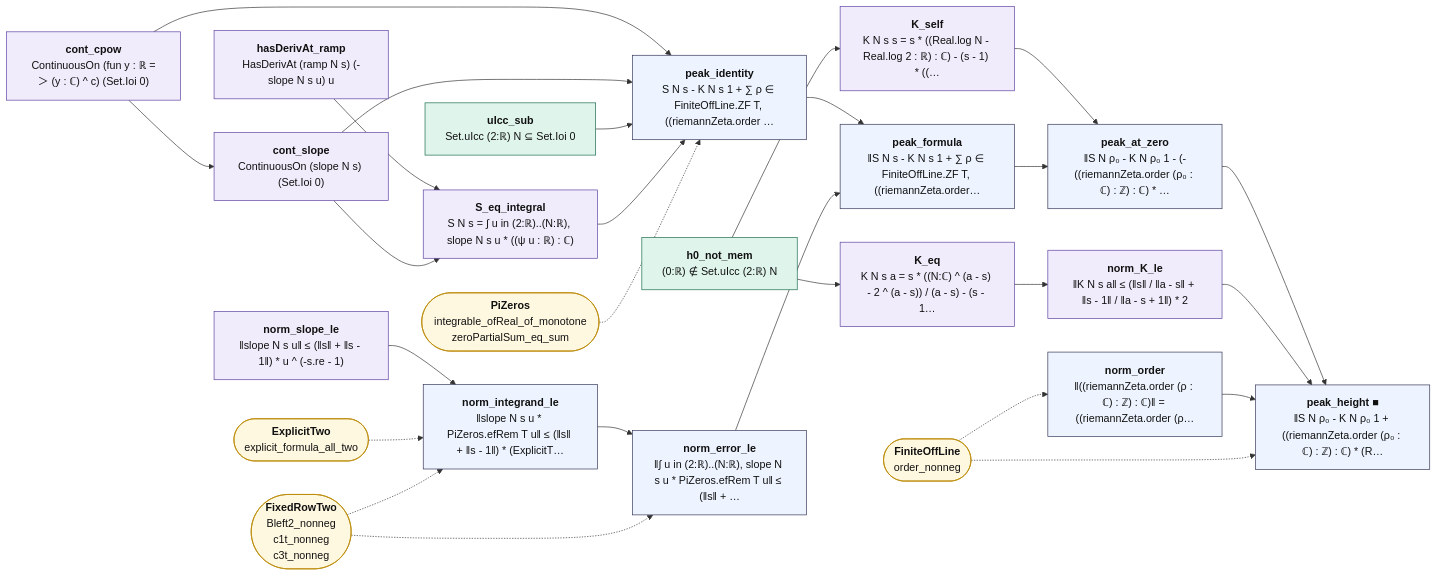
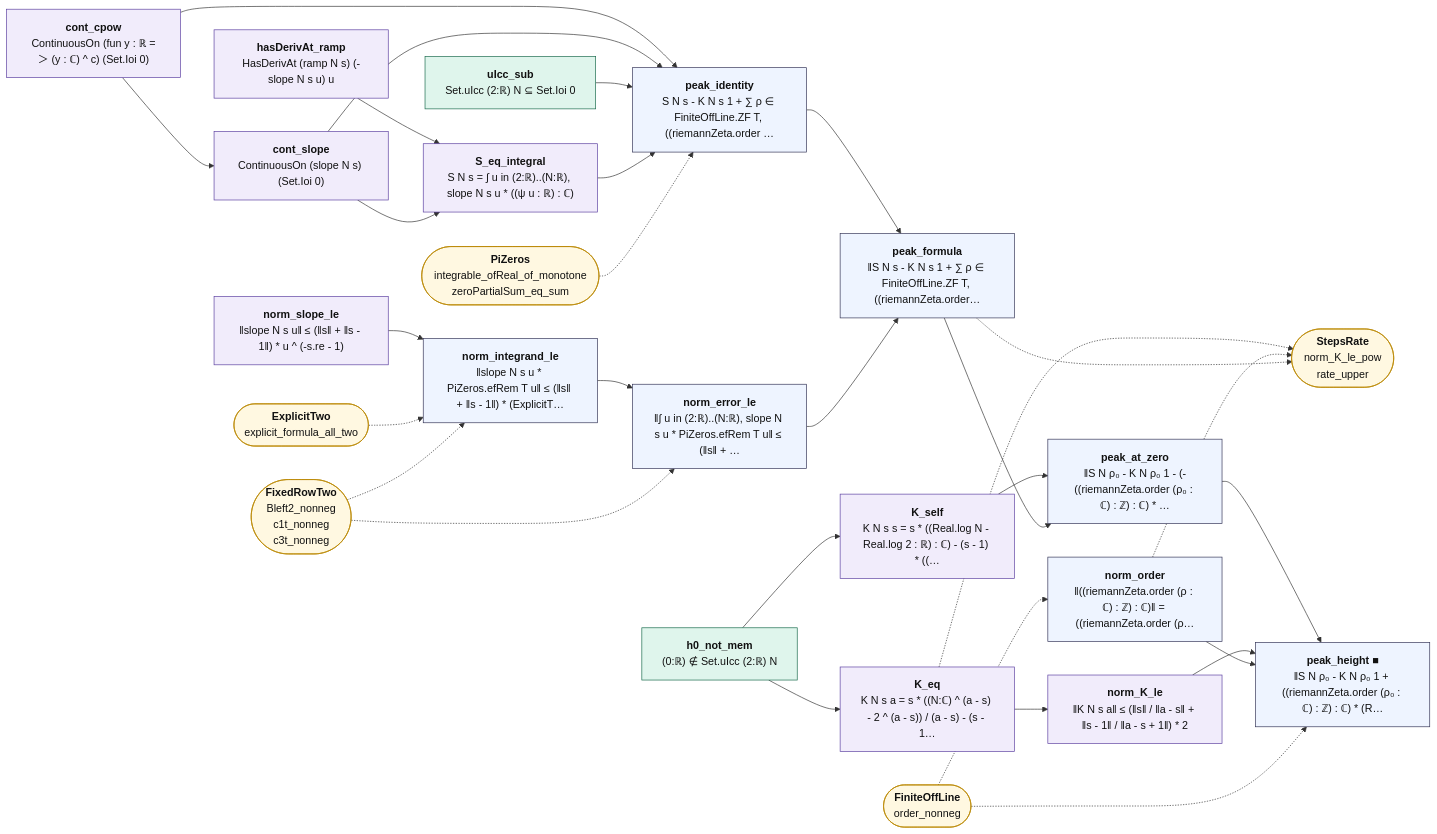
The diagram in map/lean_stage3/StepsPeak.mmd (juliansambranojr/Primebeat_081426), drawn with Mermaid before and after one commit. The commit also changed 28 other files, not shown here.

First line of the commit message:
Block R8: the size rate of the turned steps, from above (unit 0487)

```diff
--- a/map/lean_stage3/StepsPeak.mmd
+++ b/map/lean_stage3/StepsPeak.mmd
@@ -1,55 +1,59 @@
 flowchart LR
   n0["<b>hasDerivAt_ramp</b><br/>HasDerivAt (ramp N s) (-slope N s u) u"]:::shp
   n1["<b>cont_cpow</b><br/>ContinuousOn (fun y : ℝ =＞ (y : ℂ) ^ c) (Set.Ioi 0)"]:::shp
   n2["<b>cont_slope</b><br/>ContinuousOn (slope N s) (Set.Ioi 0)"]:::shp
   n3["<b>uIcc_sub</b><br/>Set.uIcc (2:ℝ) N ⊆ Set.Ioi 0"]:::cnt
   n4["<b>S_eq_integral</b><br/>S N s = ∫ u in (2:ℝ)..(N:ℝ), slope N s u * ((ψ u : ℝ) : ℂ)"]:::shp
   n5["<b>peak_identity</b><br/>S N s - K N s 1 + ∑ ρ ∈ FiniteOffLine.ZF T, ((riemannZeta.order …"]:::thm
   n6["<b>norm_slope_le</b><br/>‖slope N s u‖ ≤ (‖s‖ + ‖s - 1‖) * u ^ (-s.re - 1)"]:::shp
   n7["<b>norm_integrand_le</b><br/>‖slope N s u * PiZeros.efRem T u‖ ≤ (‖s‖ + ‖s - 1‖) * (ExplicitT…"]:::thm
   n8["<b>norm_error_le</b><br/>‖∫ u in (2:ℝ)..(N:ℝ), slope N s u * PiZeros.efRem T u‖ ≤ (‖s‖ + …"]:::thm
   n9["<b>peak_formula</b><br/>‖S N s - K N s 1 + ∑ ρ ∈ FiniteOffLine.ZF T, ((riemannZeta.order…"]:::thm
   n10["<b>h0_not_mem</b><br/>(0:ℝ) ∉ Set.uIcc (2:ℝ) N"]:::cnt
   n11["<b>K_eq</b><br/>K N s a = s * ((N:ℂ) ^ (a - s) - 2 ^ (a - s)) / (a - s) - (s - 1…"]:::shp
   n12["<b>K_self</b><br/>K N s s = s * ((Real.log N - Real.log 2 : ℝ) : ℂ) - (s - 1) * ((…"]:::shp
   n13["<b>peak_at_zero</b><br/>‖S N ρ₀ - K N ρ₀ 1 - (-((riemannZeta.order (ρ₀ : ℂ) : ℤ) : ℂ) * …"]:::thm
   n14["<b>norm_K_le</b><br/>‖K N s a‖ ≤ (‖s‖ / ‖a - s‖ + ‖s - 1‖ / ‖a - s + 1‖) * 2"]:::shp
   n15["<b>norm_order</b><br/>‖((riemannZeta.order (ρ : ℂ) : ℤ) : ℂ)‖ = ((riemannZeta.order (ρ…"]:::thm
   n16["<b>peak_height ■</b><br/>‖S N ρ₀ - K N ρ₀ 1 + ((riemannZeta.order (ρ₀ : ℂ) : ℤ) : ℂ) * (R…"]:::thm
   x0(["<b>PiZeros</b><br/>integrable_ofReal_of_monotone<br/>zeroPartialSum_eq_sum"]):::ext
   x1(["<b>ExplicitTwo</b><br/>explicit_formula_all_two"]):::ext
   x2(["<b>FixedRowTwo</b><br/>Bleft2_nonneg<br/>c1t_nonneg<br/>c3t_nonneg"]):::ext
-  x3(["<b>FiniteOffLine</b><br/>order_nonneg"]):::ext
+  x3(["<b>StepsRate</b><br/>norm_K_le_pow<br/>rate_upper"]):::ext
+  x4(["<b>FiniteOffLine</b><br/>order_nonneg"]):::ext
   n0 --> n4
   n1 --> n2
   n1 --> n5
   n10 --> n11
   n10 --> n12
   n11 --> n14
   n12 --> n13
   n13 --> n16
   n14 --> n16
   n15 --> n16
   n2 --> n4
   n2 --> n5
   n3 --> n5
   n4 --> n5
   n5 --> n9
   n6 --> n7
   n7 --> n8
   n8 --> n9
   n9 --> n13
+  n11 -.-> x3
+  n15 -.-> x3
+  n9 -.-> x3
   x0 -.-> n5
   x1 -.-> n7
   x2 -.-> n7
   x2 -.-> n8
-  x3 -.-> n15
-  x3 -.-> n16
+  x4 -.-> n15
+  x4 -.-> n16
   classDef cnt fill:#dff5ec,stroke:#17694a,color:#111
   classDef shp fill:#f1ecfb,stroke:#5b3fa0,color:#111
   classDef rh fill:#ffe5e5,stroke:#c22,color:#111,stroke-width:2px
   classDef thm fill:#eef4ff,stroke:#335,color:#111
   classDef end_ fill:#e7f7e7,stroke:#2a7,color:#111,stroke-width:2px
   classDef lone fill:#fff,stroke:#999,color:#111,stroke-dasharray:4 3
   classDef bad fill:#ffe5e5,stroke:#c22,color:#111,stroke-width:2px
   classDef ext fill:#fff8e1,stroke:#b80,color:#111
```
